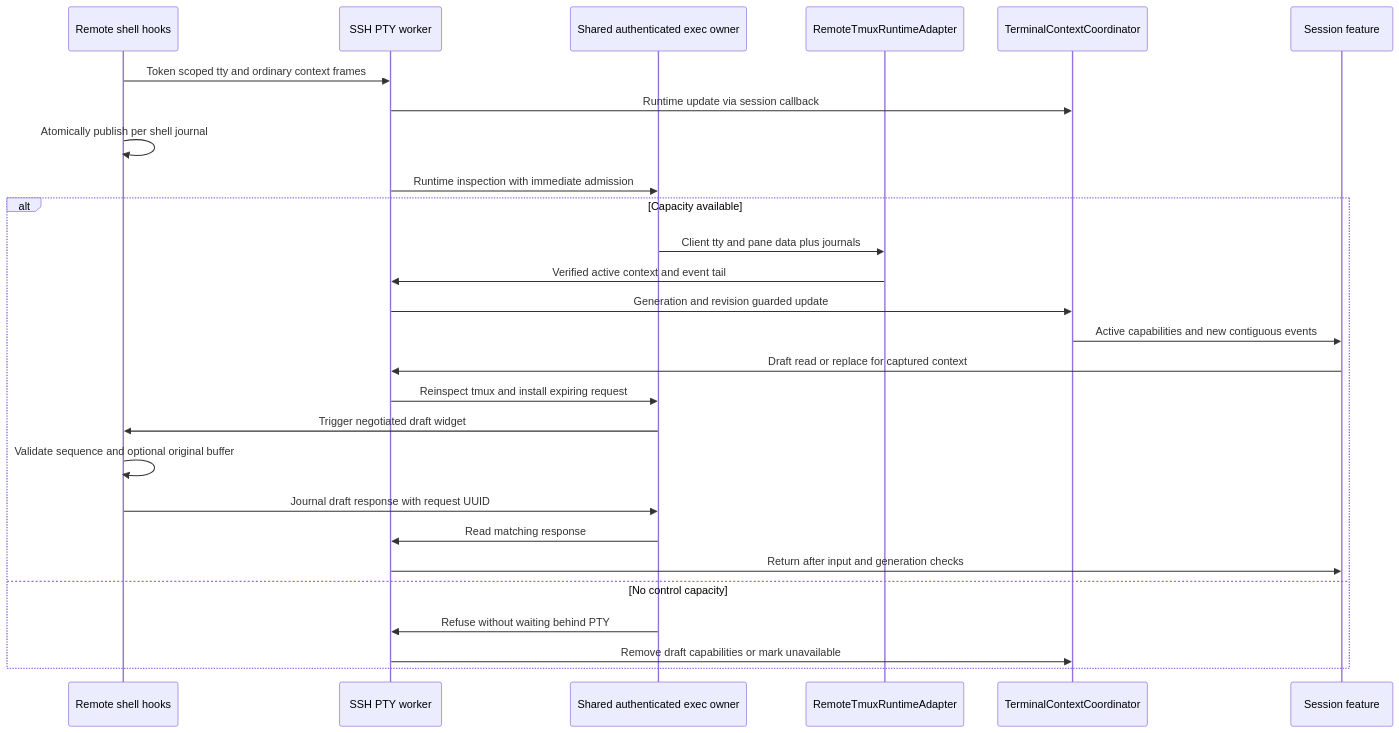
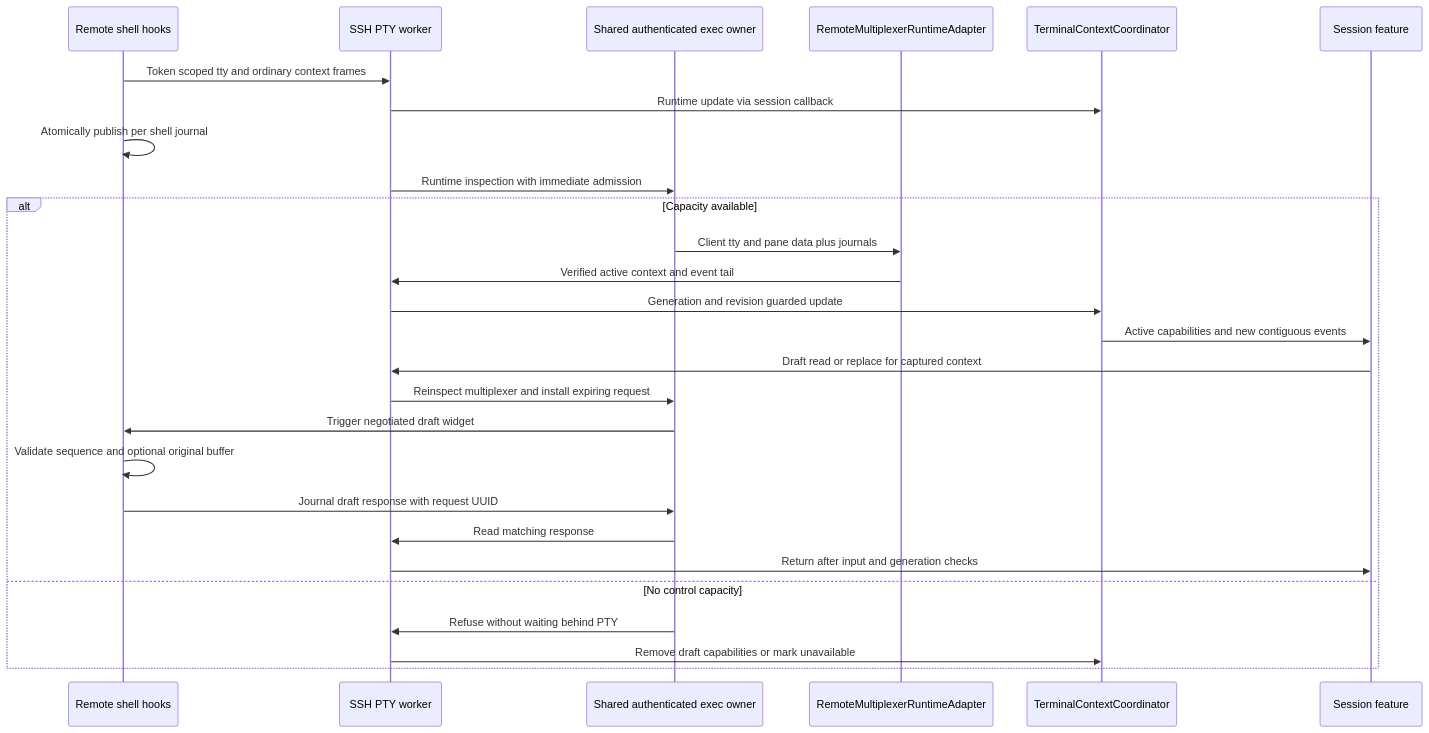
The first of 6 diagrams in openwiki/concepts/shell-integration.md (AkinoKaede/Termind), drawn with Mermaid before and after one commit. The commit also changed other lines of this file and 67 other files, not shown here.

````diff
--- a/openwiki/concepts/shell-integration.md
+++ b/openwiki/concepts/shell-integration.md
@@ -83,29 +81,29 @@
 ```mermaid
 sequenceDiagram
     participant Sh as Remote shell hooks
     participant PTY as SSH PTY worker
     participant Exec as Shared authenticated exec owner
-    participant TM as RemoteTmuxRuntimeAdapter
+    participant TM as RemoteMultiplexerRuntimeAdapter
     participant CC as TerminalContextCoordinator
     participant UI as Session feature
     Sh->>PTY: Token scoped tty and ordinary context frames
     PTY->>CC: Runtime update via session callback
     Sh->>Sh: Atomically publish per shell journal
     PTY->>Exec: Runtime inspection with immediate admission
     alt Capacity available
         Exec->>TM: Client tty and pane data plus journals
         TM->>PTY: Verified active context and event tail
         PTY->>CC: Generation and revision guarded update
         CC->>UI: Active capabilities and new contiguous events
         UI->>PTY: Draft read or replace for captured context
-        PTY->>Exec: Reinspect tmux and install expiring request
+        PTY->>Exec: Reinspect multiplexer and install expiring request
         Exec->>Sh: Trigger negotiated draft widget
         Sh->>Sh: Validate sequence and optional original buffer
         Sh->>Exec: Journal draft response with request UUID
         Exec->>PTY: Read matching response
         PTY->>UI: Return after input and generation checks
     else No control capacity
         Exec->>PTY: Refuse without waiting behind PTY
         PTY->>CC: Remove draft capabilities or mark unavailable
     end
 ```
````
